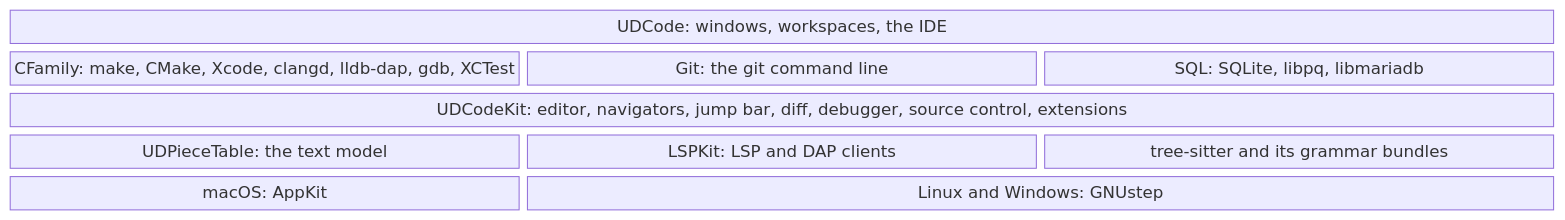
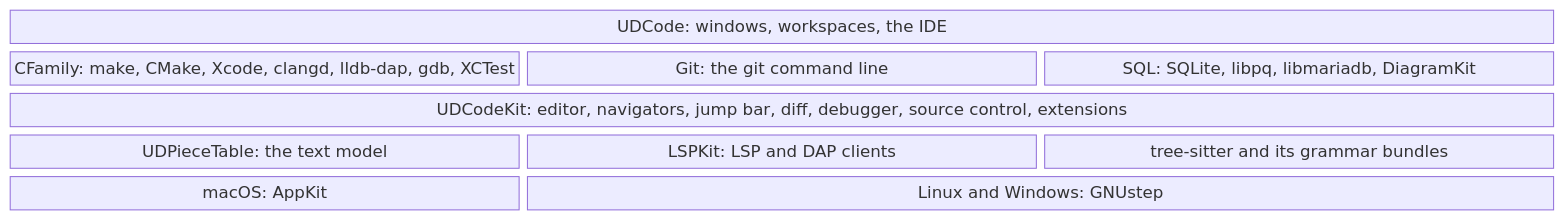
The diagram in README.md (ashalkhakov/UDCodeKit), drawn with Mermaid before and after one commit. The commit also changed other lines of this file and 18 other files, not shown here.

First line of the commit message:
SQL: ER diagrams, on DiagramKit

````diff
--- a/README.md
+++ b/README.md
@@ -92,14 +93,14 @@
 ```mermaid
 block-beta
     columns 3
     app["UDCode: windows, workspaces, the IDE"]:3
     cfamily["CFamily: make, CMake, Xcode, clangd, lldb-dap, gdb, XCTest"]
     git["Git: the git command line"]
-    sql["SQL: SQLite, libpq, libmariadb"]
+    sql["SQL: SQLite, libpq, libmariadb, DiagramKit"]
     kit["UDCodeKit: editor, navigators, jump bar, diff, debugger, source control, extensions"]:3
     model["UDPieceTable: the text model"]
     lsp["LSPKit: LSP and DAP clients"]
     ts["tree-sitter and its grammar bundles"]
     macos["macOS: AppKit"]:1
     gnustep["Linux and Windows: GNUstep"]:2
 ```
````
